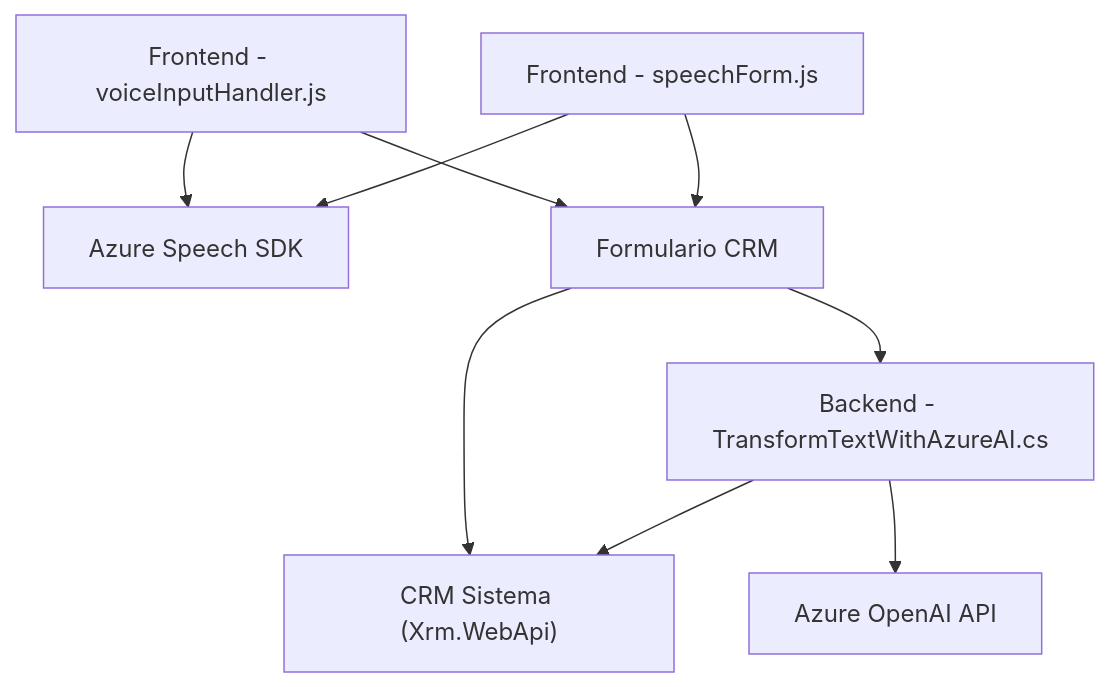
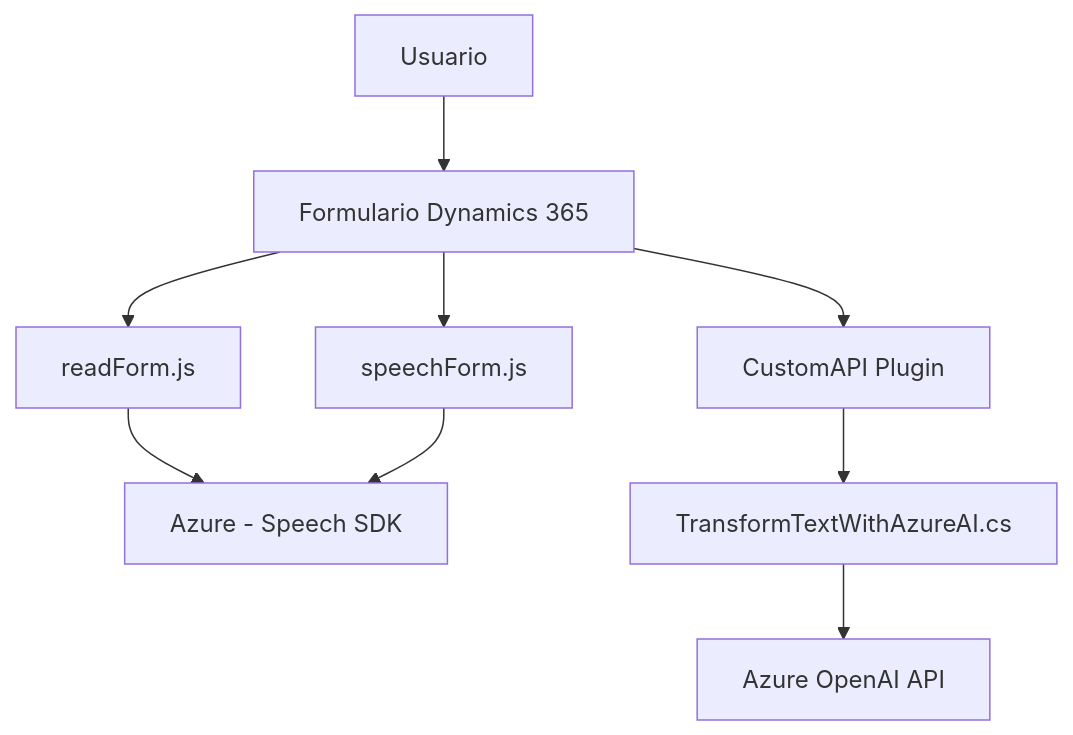
The diagram in README.md (blopezdm/NETCORE_BILBAO2025), drawn with Mermaid before and after one commit. The commit also changed other lines of this file, not shown here.

````diff
--- a/README.md
+++ b/README.md
@@ -32,20 +47,11 @@
 ```mermaid
 graph TD
-    A["Frontend - voiceInputHandler.js"]
-    B["Frontend - speechForm.js"]
-    C["Backend - TransformTextWithAzureAI.cs"]
-    D["Azure Speech SDK"]
-    E["Azure OpenAI API"]
-    F["CRM Sistema (Xrm.WebApi)"]
-    G["Formulario CRM"]
-
-    A --> D
-    B --> D
-    A --> G
-    B --> G
-    G --> F
-
-    C --> E
-    C --> F
-    G --> C
+    A["Usuario"] --> B["Formulario Dynamics 365"]
+    B --> C["readForm.js"]
+    B --> D["speechForm.js"]
+    C --> E["Azure - Speech SDK"]
+    D --> E
+    B --> F["CustomAPI Plugin"]
+    F --> G["TransformTextWithAzureAI.cs"]
+    G --> H["Azure OpenAI API"]
 ```
````
